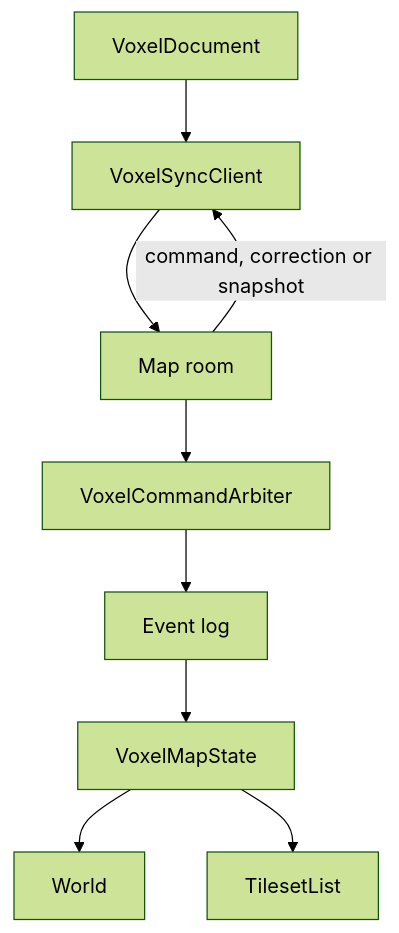
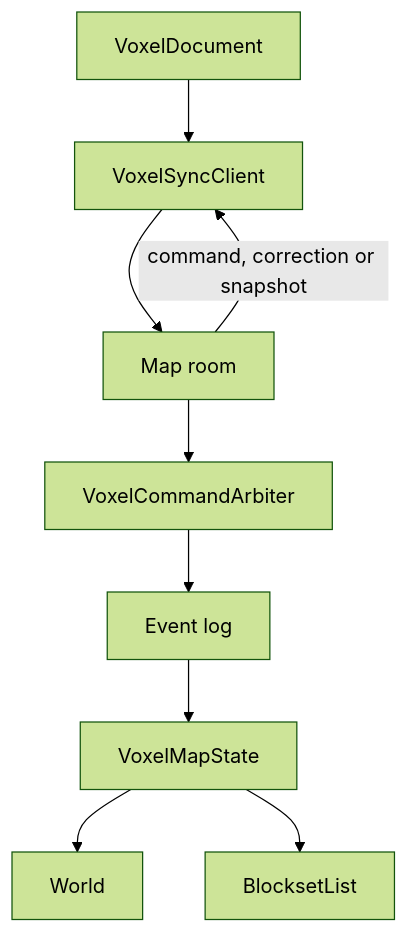
Before and after one commit to JollyPixel/editor: the first of 5 diagrams in packages/assets/voxel-map/ARCHITECTURE.md, drawn with Mermaid (forest theme). The commit also changed other lines of this file and 382 other files, not shown here.

````diff
--- a/packages/assets/voxel-map/ARCHITECTURE.md
+++ b/packages/assets/voxel-map/ARCHITECTURE.md
@@ -5,11 +5,11 @@
 ```mermaid
 flowchart TB
     Document["VoxelDocument"] --> Sync["VoxelSyncClient"]
     Sync --> Room["Map room"]
     Room --> Arbiter["VoxelCommandArbiter"]
     Arbiter --> Log["Event log"]
     Log --> State["VoxelMapState"]
     State --> World["World"]
-    State --> Links["TilesetList"]
+    State --> Links["BlocksetList"]
     Room -->|"command, correction or snapshot"| Sync
 ```
````
